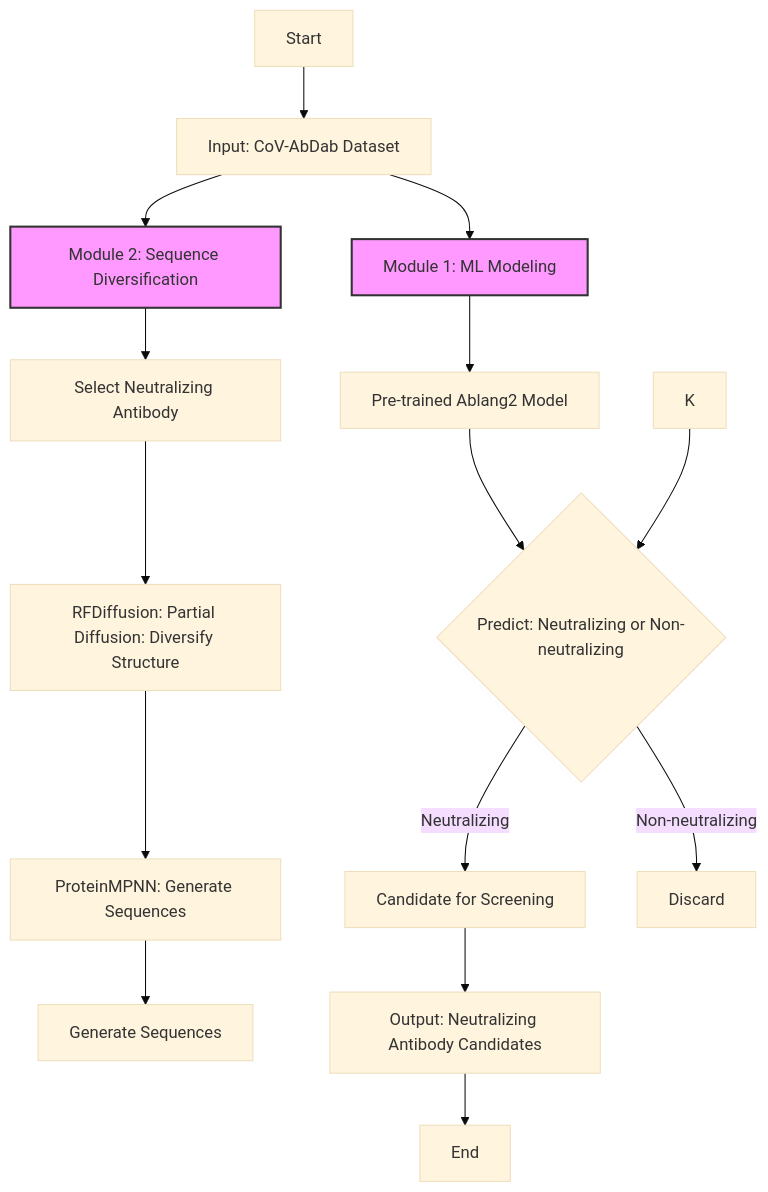
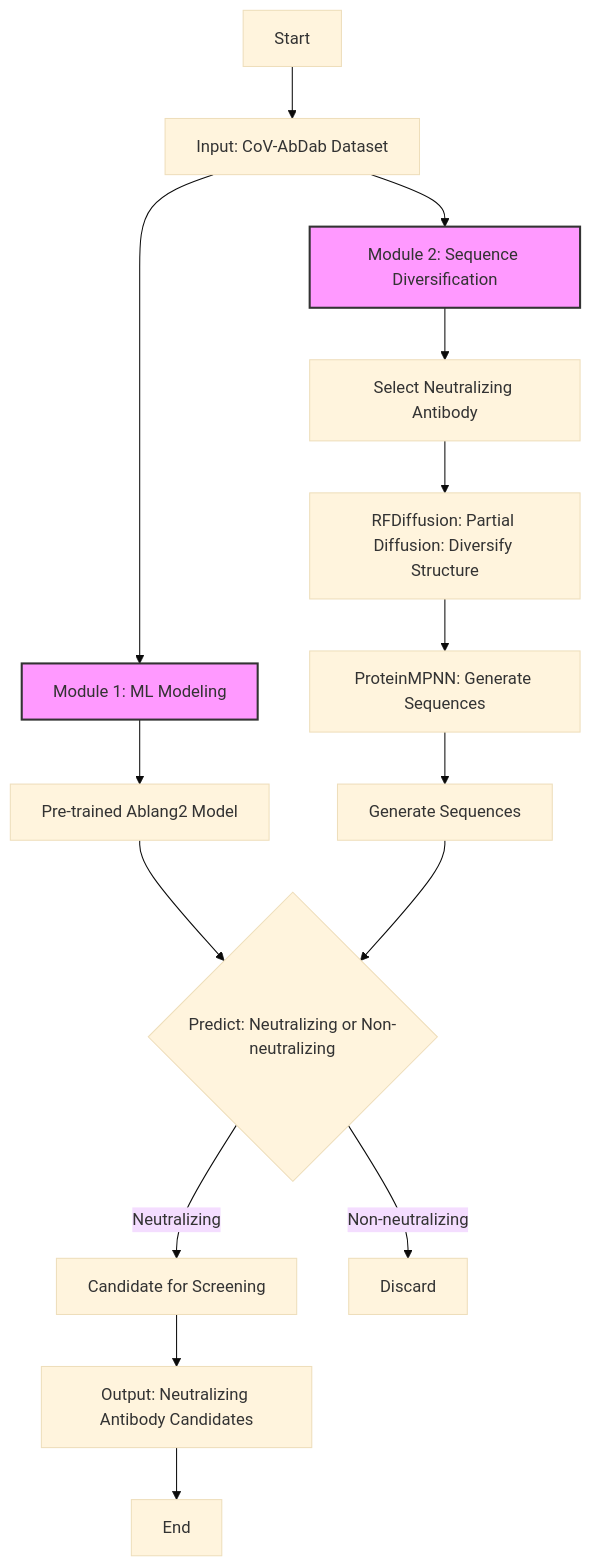
Before and after one commit to AntibodyEngineers/2024-Antibodies-and-AI: the first of 2 diagrams in README.md, drawn with Mermaid (base theme).

````diff
--- a/README.md
+++ b/README.md
@@ -11,23 +11,23 @@
 ```mermaid
 graph TD
     A[Start] --> B[Input: CoV-AbDab Dataset]
     B --> C[Module 1: ML Modeling]
     B --> F[Module 2: Sequence Diversification]
     
     C --> D[Pre-trained Ablang2 Model]
     D --> E{Predict: Neutralizing or Non-neutralizing}
     
     F --> G[Select Neutralizing Antibody]
     G --> H[RFDiffusion: Partial Diffusion: Diversify Structure]
     H --> I[ProteinMPNN: Generate Sequences]
     I --> J[Generate Sequences]
     
-    K --> E
+    J --> E
     E -->|Neutralizing| M[Candidate for Screening]
     E -->|Non-neutralizing| N[Discard]
     M --> O[Output: Neutralizing Antibody Candidates]
     O --> P[End]
 
     classDef module fill:#f9f,stroke:#333,stroke-width:2px;
     class C,F module;
 ```
````
